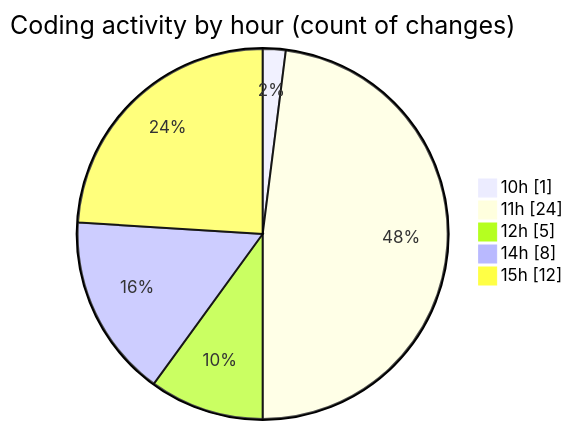
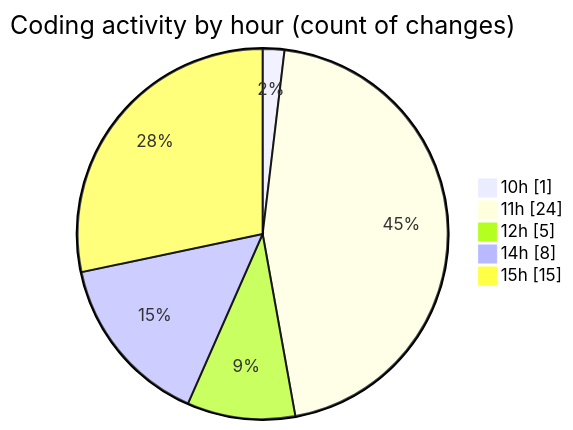
Before and after one commit to debugP/code-tracking: the second of 2 diagrams in 2025-10-03/untitled__workspace_/README.md, drawn with Mermaid. The commit also changed other lines of this file and 1 other file, not shown here.

````diff
--- a/2025-10-03/untitled__workspace_/README.md
+++ b/2025-10-03/untitled__workspace_/README.md
@@ -31,9 +31,9 @@
 ```mermaid
 pie showData
 title Coding activity by hour (count of changes)
 "10h" : 1
 "11h" : 24
 "12h" : 5
 "14h" : 8
-"15h" : 12
+"15h" : 15
 ```
````
